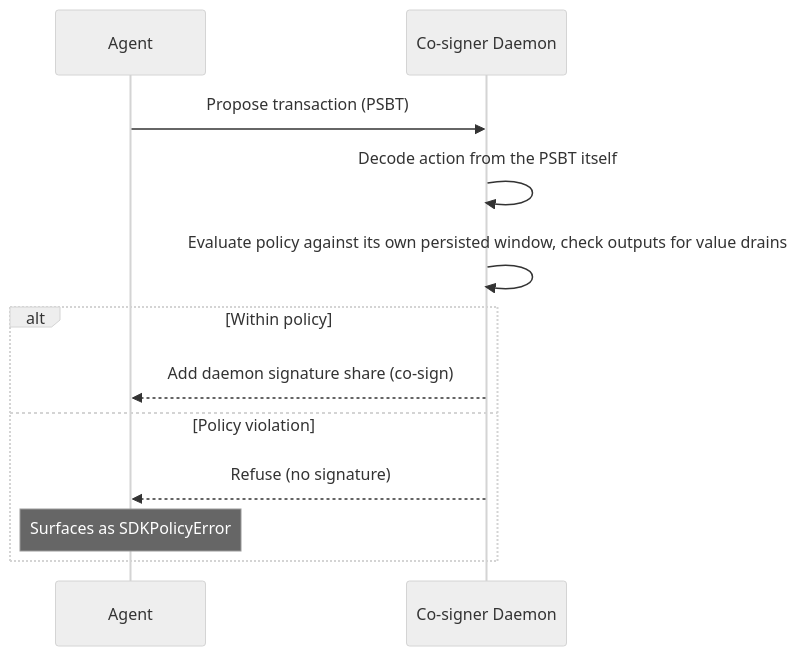
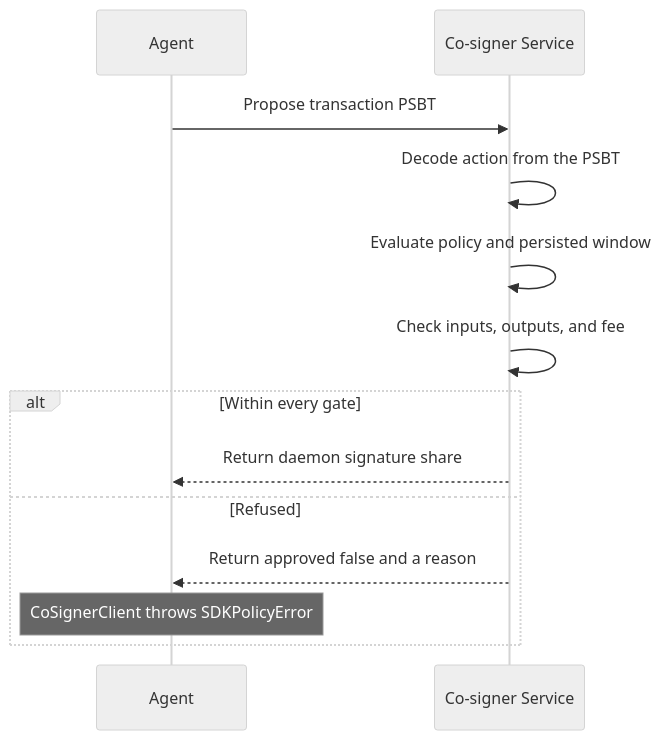
One commit to XChain-Platform/xchain-documentation changed the second of 2 diagrams in ai-agents/agent-wallets.md. Above: the diagram before and after it, drawn with Mermaid (neutral theme). The commit also changed other lines of this file, not shown here.

Commit message:
Correct agent wallet signing and approval documentation

````diff
--- a/ai-agents/agent-wallets.md
+++ b/ai-agents/agent-wallets.md
@@ -105,15 +126,16 @@
 ```mermaid
 sequenceDiagram
     participant Agent
-    participant Daemon as Co-signer Daemon
+    participant Daemon as Co-signer Service
 
-    Agent->>Daemon: Propose transaction (PSBT)
-    Daemon->>Daemon: Decode action from the PSBT itself
-    Daemon->>Daemon: Evaluate policy against its own persisted window, check outputs for value drains
-    alt Within policy
-        Daemon-->>Agent: Add daemon signature share (co-sign)
-    else Policy violation
-        Daemon-->>Agent: Refuse (no signature)
-        Note over Agent: Surfaces as SDKPolicyError
+    Agent->>Daemon: Propose transaction PSBT
+    Daemon->>Daemon: Decode action from the PSBT
+    Daemon->>Daemon: Evaluate policy and persisted window
+    Daemon->>Daemon: Check inputs, outputs, and fee
+    alt Within every gate
+        Daemon-->>Agent: Return daemon signature share
+    else Refused
+        Daemon-->>Agent: Return approved false and a reason
+        Note over Agent: CoSignerClient throws SDKPolicyError
     end
 ```
````
